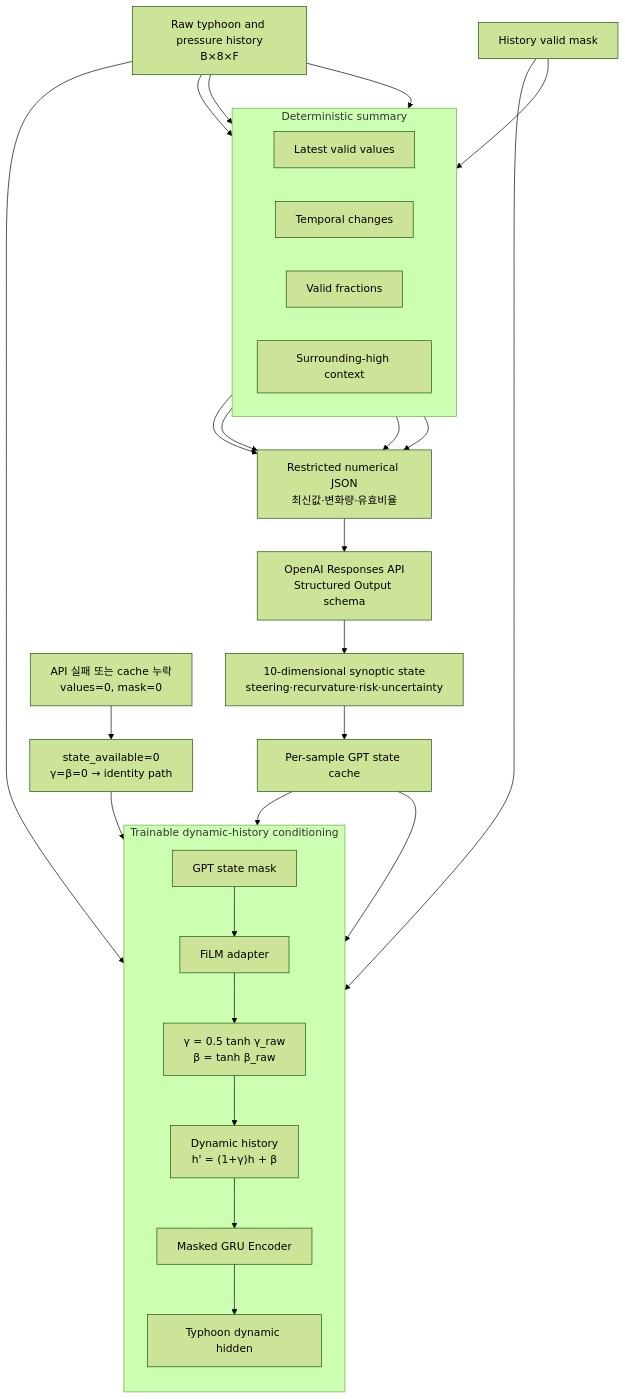
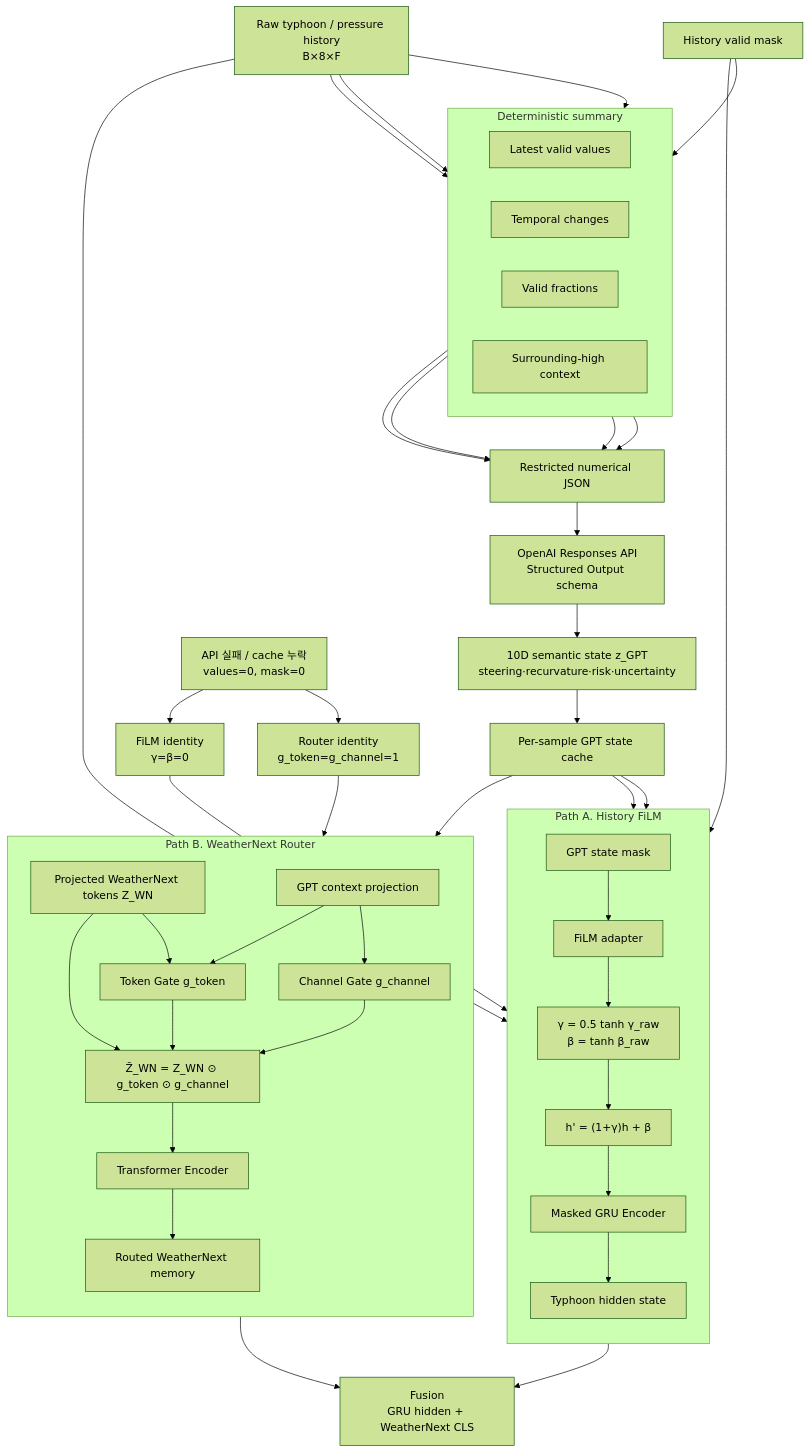
One commit to nayehyeon61-glitch/typnonn_preesure_data_loader changed the diagram in struct-picture/03-gpt-dynamic-history.md. Above: the diagram before and after it, drawn with Mermaid (forest theme). The commit also changed other lines of this file, not shown here.

Commit message:
Update GPT diagram with dual active paths

````diff
--- a/struct-picture/03-gpt-dynamic-history.md
+++ b/struct-picture/03-gpt-dynamic-history.md
@@ -3,6 +3,6 @@
 ```mermaid
 flowchart TB
-    RAW["Raw typhoon and pressure history<br/>B×8×F"]
+    RAW["Raw typhoon / pressure history<br/>B×8×F"]
     HMASK["History valid mask"]
 
     subgraph SUMMARY["Deterministic summary"]
@@ -18,42 +18,70 @@
     HMASK --> FRACTION
     RAW --> HIGH
 
-    JSON["Restricted numerical JSON<br/>최신값·변화량·유효비율"]
+    JSON["Restricted numerical JSON"]
     LATEST --> JSON
     CHANGE --> JSON
     FRACTION --> JSON
     HIGH --> JSON
 
     API["OpenAI Responses API<br/>Structured Output schema"]
-    STATE["10-dimensional synoptic state<br/>steering·recurvature·risk·uncertainty"]
+    STATE["10D semantic state z_GPT<br/>steering·recurvature·risk·uncertainty"]
     CACHE["Per-sample GPT state cache"]
 
     JSON --> API
     API --> STATE
     STATE --> CACHE
 
-    subgraph CONDITION["Trainable dynamic-history conditioning"]
+    subgraph PATH1["Path A. History FiLM"]
         direction TB
-        SMASK["GPT state mask"]
-        ADAPTER["FiLM adapter"]
+        SMASK1["GPT state mask"]
+        FILM["FiLM adapter"]
         PARAM["γ = 0.5 tanh γ_raw<br/>β = tanh β_raw"]
-        DYNAMIC["Dynamic history<br/>h' = (1+γ)h + β"]
+        DYNAMIC["h' = (1+γ)h + β"]
         GRU["Masked GRU Encoder"]
-        HIDDEN["Typhoon dynamic hidden"]
+        HIDDEN["Typhoon hidden state"]
     end
 
-    CACHE --> SMASK
-    CACHE --> ADAPTER
-    SMASK --> ADAPTER
-    ADAPTER --> PARAM
+    CACHE --> SMASK1
+    CACHE --> FILM
+    SMASK1 --> FILM
+    FILM --> PARAM
     RAW --> DYNAMIC
     PARAM --> DYNAMIC
+    DYNAMIC --> GRU
     HMASK --> GRU
-    DYNAMIC --> GRU
     GRU --> HIDDEN
 
-    MISSING["API 실패 또는 cache 누락<br/>values=0, mask=0"]
-    IDENTITY["state_available=0<br/>γ=β=0 → identity path"]
-    MISSING --> IDENTITY
-    IDENTITY --> DYNAMIC
+    subgraph PATH2["Path B. WeatherNext Router"]
+        direction TB
+        ZWN["Projected WeatherNext tokens Z_WN"]
+        CTX["GPT context projection"]
+        TG["Token Gate g_token"]
+        CG["Channel Gate g_channel"]
+        ROUTED["Z̃_WN = Z_WN ⊙ g_token ⊙ g_channel"]
+        TF["Transformer Encoder"]
+        WMEM["Routed WeatherNext memory"]
+    end
+
+    CACHE --> CTX
+    ZWN --> TG
+    CTX --> TG
+    CTX --> CG
+    ZWN --> ROUTED
+    TG --> ROUTED
+    CG --> ROUTED
+    ROUTED --> TF
+    TF --> WMEM
+
+    MISSING["API 실패 / cache 누락<br/>values=0, mask=0"]
+    ID1["FiLM identity<br/>γ=β=0"]
+    ID2["Router identity<br/>g_token=g_channel=1"]
+    MISSING --> ID1
+    MISSING --> ID2
+    ID1 --> DYNAMIC
+    ID2 --> ROUTED
+
+    FUSION["Fusion<br/>GRU hidden + WeatherNext CLS"]
+    HIDDEN --> FUSION
+    WMEM --> FUSION
 ```
````
